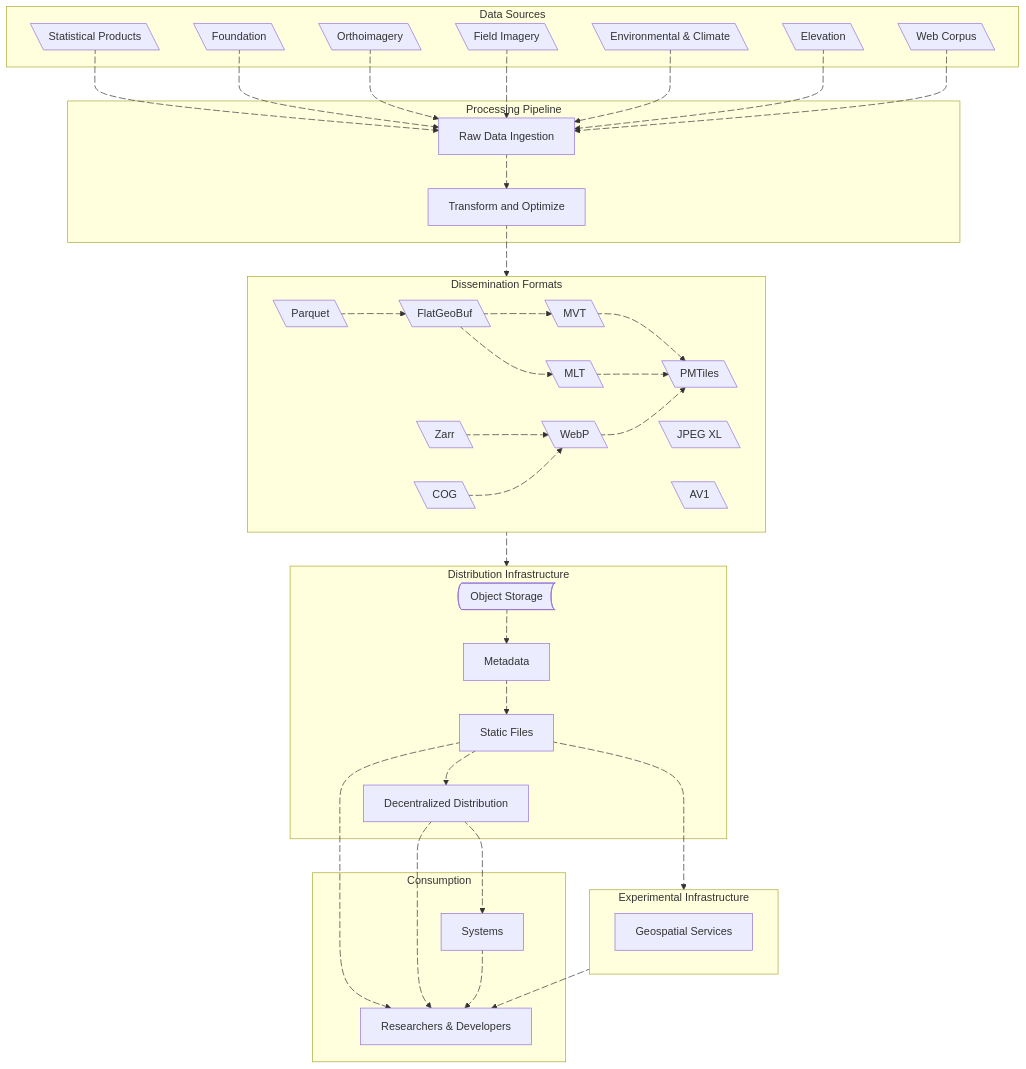
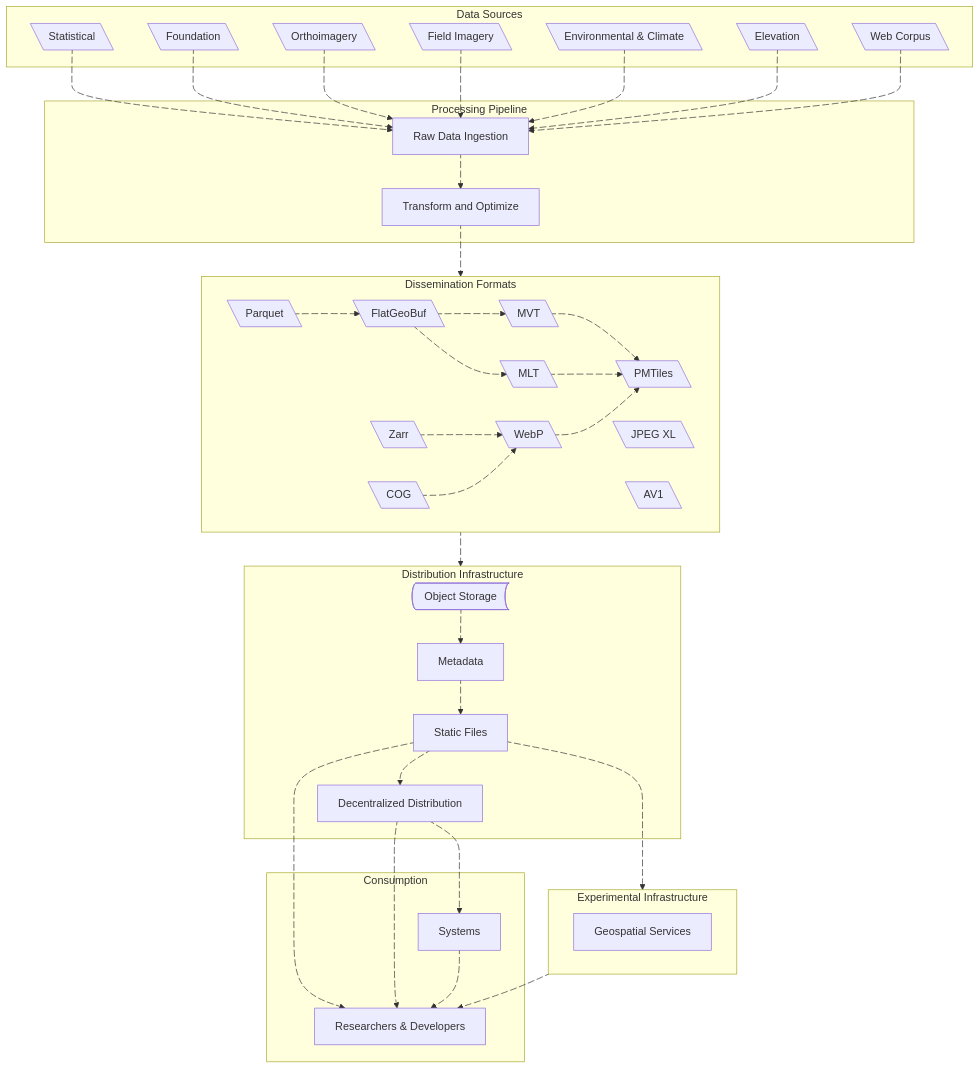
Before and after one commit to dataforcanada/www.dataforcanada.org: the diagram in content/_index.md, drawn with Mermaid. The commit also changed other lines of this file, not shown here.

Commit message:
Made modifications to homepage based on feedback I received

````diff
--- a/content/_index.md
+++ b/content/_index.md
@@ -23,8 +35,8 @@
 ```mermaid
 flowchart TD
     subgraph ds [Data Sources]
-        StatProducts@{ shape: lean-l, label: "Statistical Products"}
-        Foundation@{ shape: lean-l, label: "Foundation"}
+        Statistical@{ shape: lean-l}
+        Foundation@{ shape: lean-l}
         Orthoimagery@{ shape: lean-l}
         FieldImagery@{ shape: lean-l, label: "Field Imagery"}
         EnvironmentClimate@{ shape: lean-l, label: "Environmental & Climate"}
@@ -73,7 +85,7 @@
     end
 
     %% Relationships
-    StatProducts a1@--> Raw
+    Statistical a1@--> Raw
     a1@{animate: true, animation: slow}
     Foundation a2@--> Raw
     a2@{animate: true, animation: slow}
@@ -129,12 +141,13 @@
     a23@{animate: true, animation: slow}
 
     %% URLs
-    click Foundation "/docs/processes/foundation/" _blank
-    click StatProducts "/docs/processes/statistical_products/" _blank
-    click Orthoimagery "/docs/processes/orthoimagery/" _blank
-    click FieldImagery "/docs/processes/field_imagery/" _blank
-    %%click EnvironmentClimate "/docs/processes/environmental_climate/" _blank
-    %%click Elevation "/docs/processes/elevation/" _blank
+    click Foundation "https://github.com/dataforcanada/process-foundation-labs/" _blank
+    click Statistical "https://github.com/dataforcanada/process-statistical-labs/" _blank
+    click Orthoimagery "https://github.com/dataforcanada/process-orthoimagery-labs/" _blank
+    click FieldImagery "https://github.com/dataforcanada/process-field-imagery-labs/" _blank
+    click EnvironmentClimate "https://github.com/dataforcanada/process-environmental-climate-labs/" _blank
+    click Elevation "https://www.dataforcanada.org/docs/dissemination/" _blank
+    click WebCorpus "https://github.com/dataforcanada/process-web-corpus-labs/" _blank
 
     click Parquet "https://github.com/apache/parquet-format/" _blank
     click FlatGeoBuf "https://flatgeobuf.org/" _blank
@@ -142,12 +155,13 @@
     click MLT "https://github.com/maplibre/maplibre-tile-spec/" _blank
     click COG "https://cogeo.org/" _blank
     click Zarr "https://github.com/zarr-developers/geozarr-spec/" _blank
-    click WebP "https://developers.google.com/speed/webp/docs/riff_container/" _blank
+    click WebP "https://developers.google.com/speed/webp/" _blank
     click PMTiles "https://github.com/protomaps/PMTiles/blob/main/spec/v3/spec.md" _blank
     click JPEGXL "https://jpeg.org/jpegxl/" _blank
     click AV1 "https://aomedia.org/specifications/av1/" _blank
-    click DecentralizedDistribution "/docs/dissemination/" _blank
+    click DecentralizedDistribution "https://www.dataforcanada.org/docs/dissemination/" _blank
     click Metadata "https://stac-utils.github.io/stac-geoparquet/latest/spec/stac-geoparquet-spec/" _blank
+    click GeoSpatialServices "https://github.com/dataforcanada/geo-services-labs/" _blank
     click Martin "https://martin.maplibre.org/" _blank
     click GeoServer "https://geoserver.org/" _blank
     click ZOOProject "https://zoo-project.org/" _blank
````
